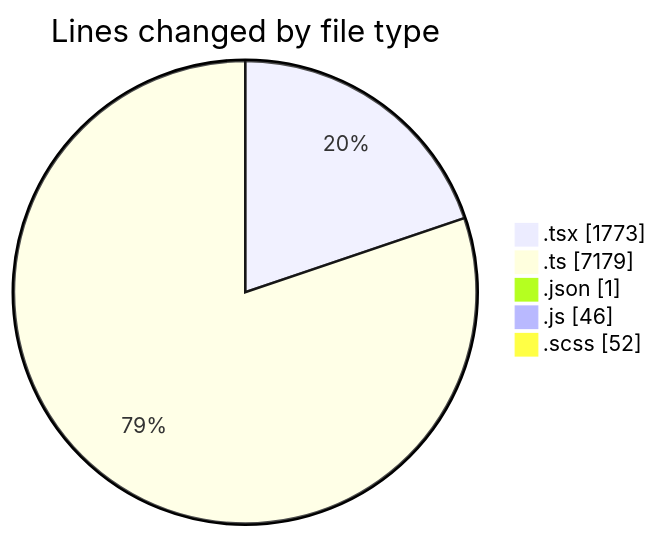
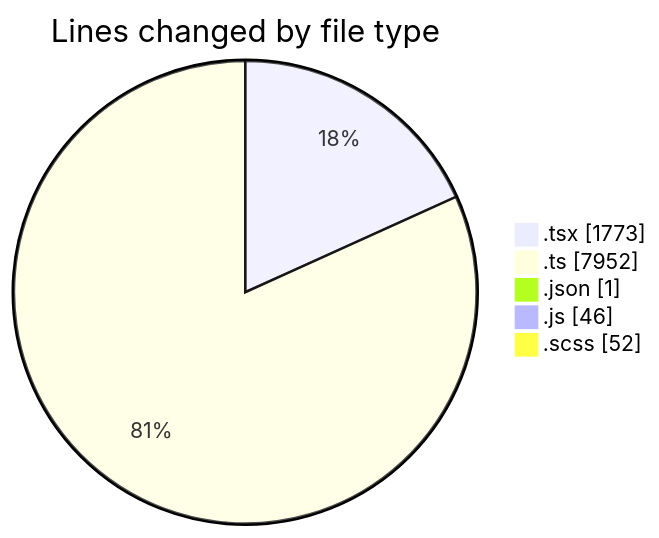
One commit to momahboobian/code-tracking changed the first of 2 diagrams in 2026-09-17/cda/README.md. Above: the diagram before and after it, drawn with Mermaid. The commit also changed other lines of this file and 1 other file, not shown here.

````diff
--- a/2026-09-17/cda/README.md
+++ b/2026-09-17/cda/README.md
@@ -42,9 +43,9 @@
 ```mermaid
 pie showData
 title Lines changed by file type
 ".tsx" : 1773
-".ts" : 7179
+".ts" : 7952
 ".json" : 1
 ".js" : 46
 ".scss" : 52
 ```
````
